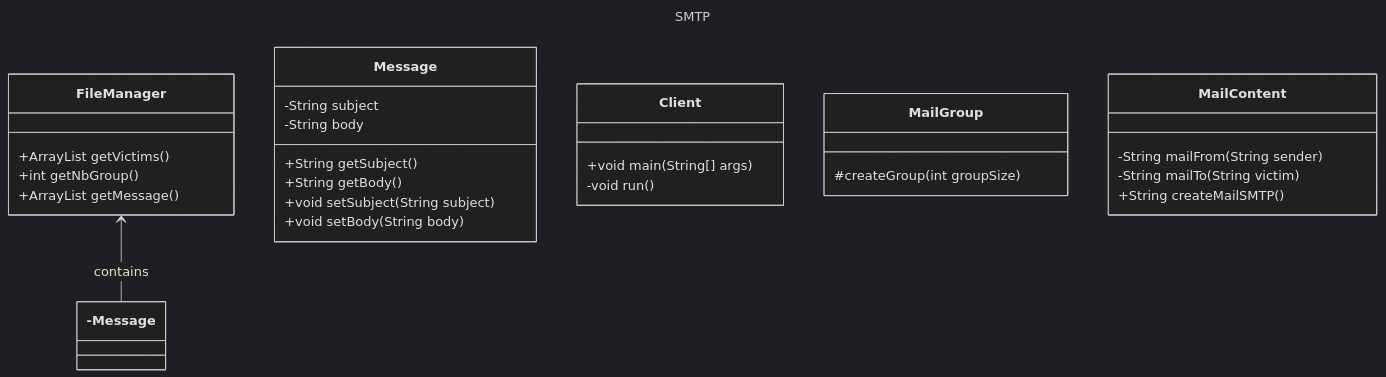
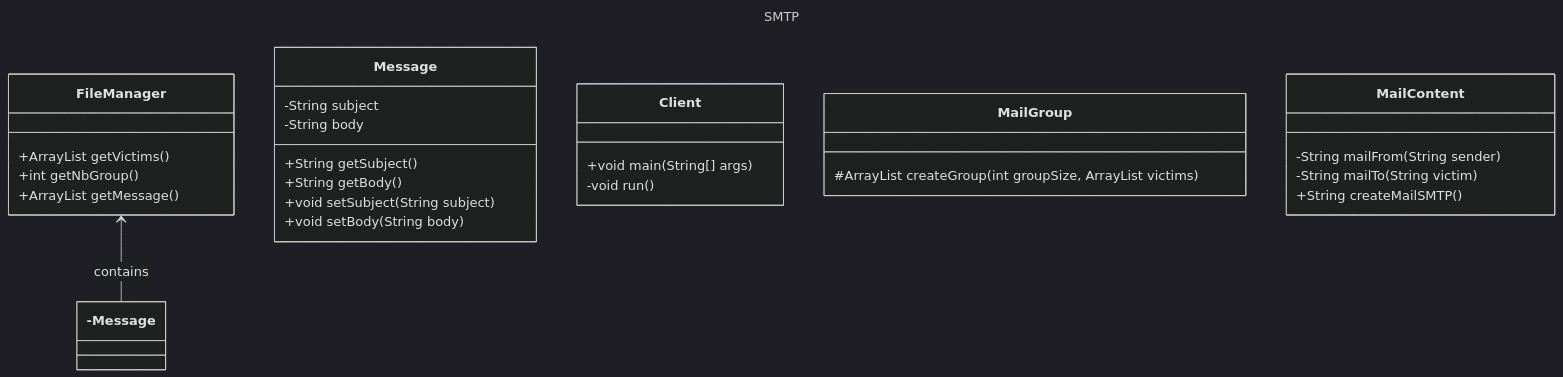
Before and after one commit to evarayHEIG/dai-labo4-smtp: the diagram in README.md, drawn with Mermaid (dark theme).

Commit message:
rft: modification in README.md

````diff
--- a/README.md
+++ b/README.md
@@ -14,39 +14,39 @@
 ```mermaid
 ---
 title: SMTP
 ---
 classDiagram
     
     class FileManager {
         +ArrayList<String> getVictims()
         +int getNbGroup()
         +ArrayList<String> getMessage()
     }
     
     class Message {
         -String subject
         -String body
         +String getSubject()
         +String getBody()
         +void setSubject(String subject)
         +void setBody(String body)
     }
     
     class Client {
         +void main(String[] args)
         -void run()
     }
     
     class MailGroup {
-        #createGroup(int groupSize)
+        #ArrayList<String> createGroup(int groupSize, ArrayList<String> victims)
     }
     
     class MailContent {
         -String mailFrom(String sender)
         -String mailTo(String victim)
         +String createMailSMTP()
     }
 
     FileManager <--- Message : contains
 
 ```
````
